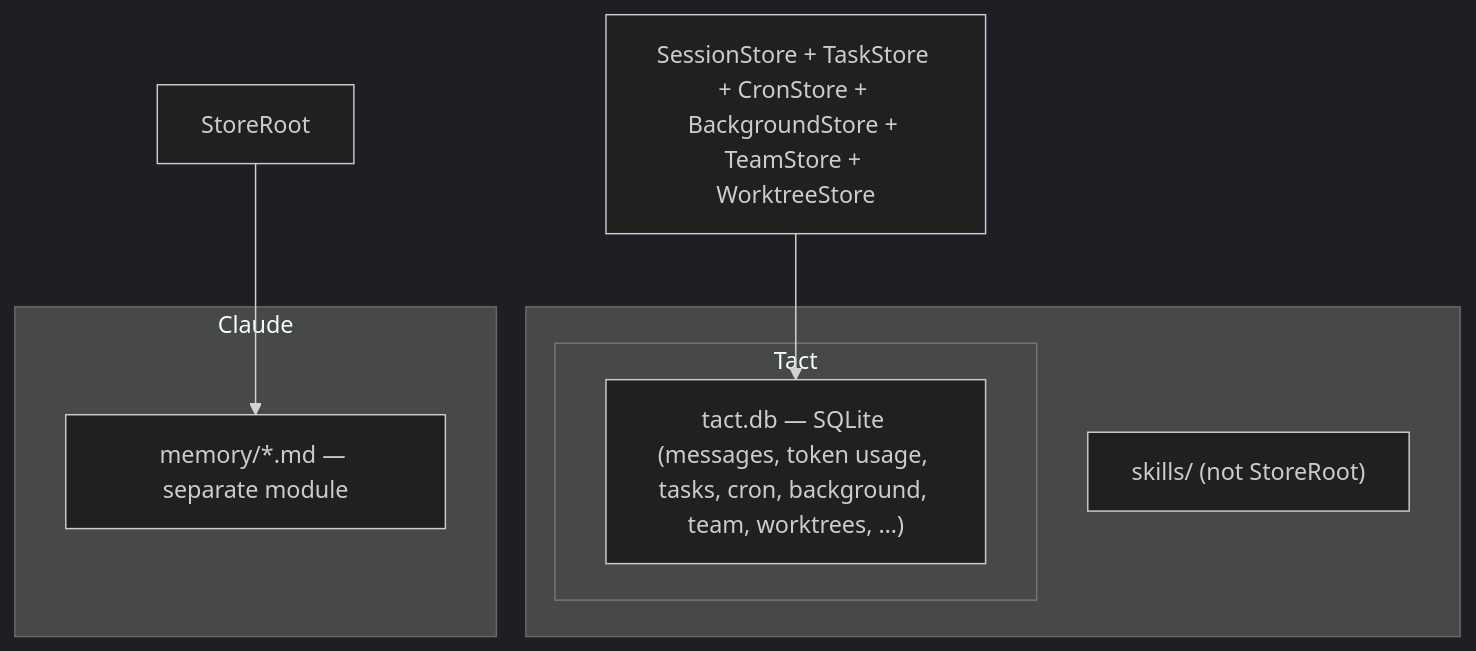
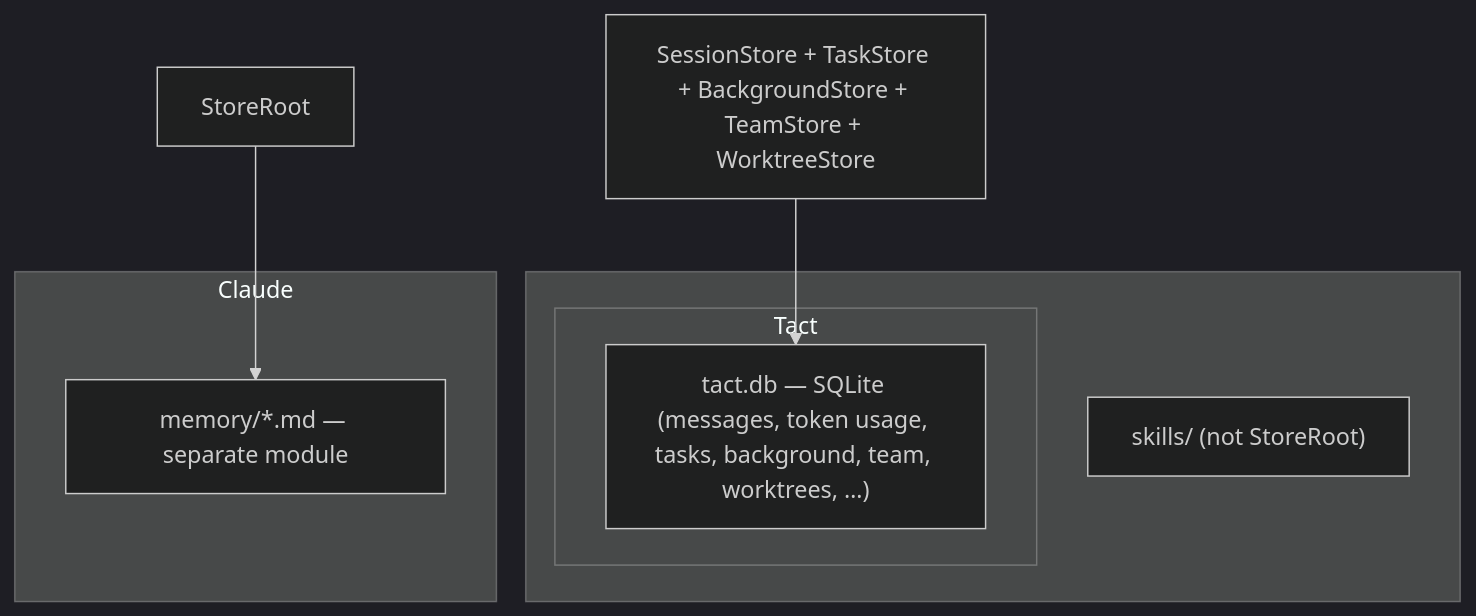
Before and after one commit to rust-infra/tact: the first of 2 diagrams in book/01_chapter_store.md, drawn with Mermaid (dark theme). The commit also changed other lines of this file and 47 other files, not shown here.

First line of the commit message:
feat: background full-output log file; remove cron scheduling (#68)

````diff
--- a/book/01_chapter_store.md
+++ b/book/01_chapter_store.md
@@ -19,20 +19,20 @@
 ```mermaid
 graph TB
     subgraph Workdir["<workdir>"]
         Tact[".tact/"]
         Tact[".tact/"]
         Skills["skills/ (not StoreRoot)"]
     end
 
     subgraph Tact
-        DB["tact.db — SQLite (messages, token usage, tasks, cron, background, team, worktrees, …)"]
+        DB["tact.db — SQLite (messages, token usage, tasks, background, team, worktrees, …)"]
     end
 
     subgraph Claude
         Mem["memory/*.md — separate module"]
     end
 
     SR[StoreRoot] --> Mem
 
-    SS[SessionStore + TaskStore + CronStore + BackgroundStore + TeamStore + WorktreeStore] --> DB
+    SS[SessionStore + TaskStore + BackgroundStore + TeamStore + WorktreeStore] --> DB
 ```
````
